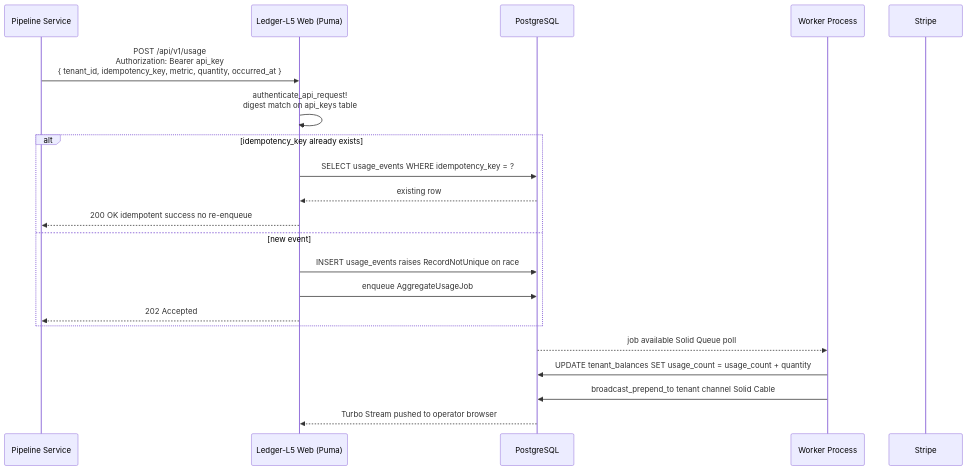
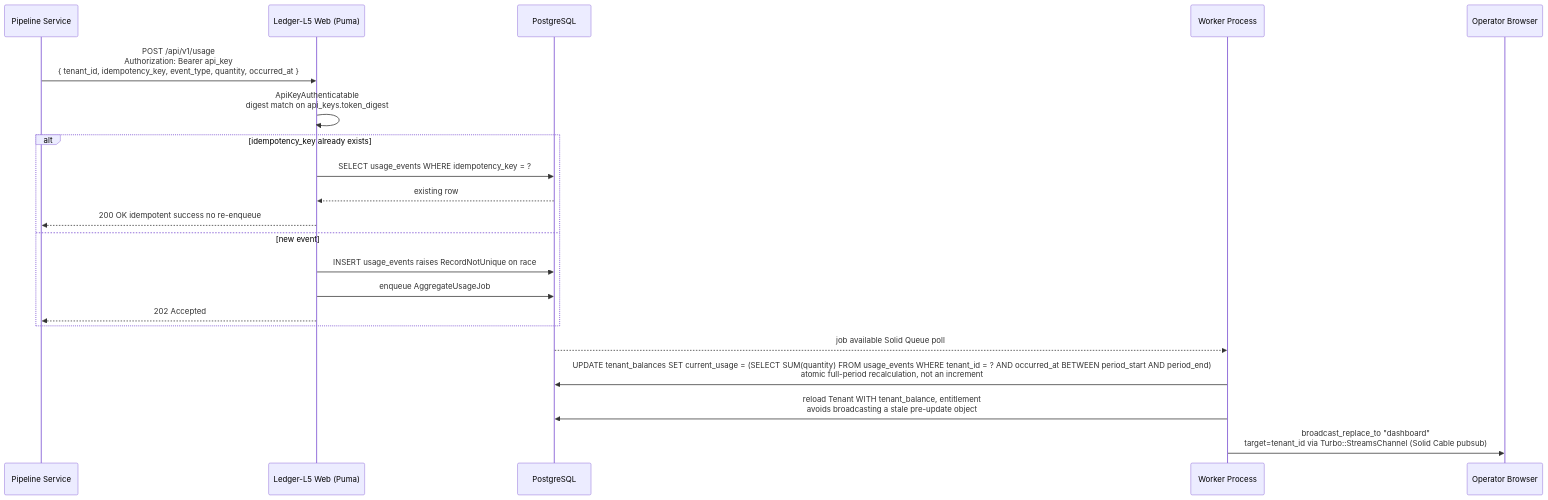
One commit to obrienma/Ledger-L5-rails changed the second of 5 diagrams in docs/architecture.md. Above: the diagram before and after it, drawn with Mermaid. The commit also changed other lines of this file and 1 other file, not shown here.

First line of the commit message:
docs(audit): reconcile architecture.md diagrams with actual schema

````diff
--- a/docs/architecture.md
+++ b/docs/architecture.md
@@ -61,27 +61,27 @@
 ```mermaid
 sequenceDiagram
     participant C as Pipeline Service
     participant W as Ledger-L5 Web (Puma)
     participant DB as PostgreSQL
     participant J as Worker Process
-    participant S as Stripe
+    participant O as Operator Browser
 
-    C->>W: POST /api/v1/usage<br/>Authorization: Bearer api_key<br/>{ tenant_id, idempotency_key, metric, quantity, occurred_at }
+    C->>W: POST /api/v1/usage<br/>Authorization: Bearer api_key<br/>{ tenant_id, idempotency_key, event_type, quantity, occurred_at }
 
-    W->>W: authenticate_api_request!<br/>digest match on api_keys table
+    W->>W: ApiKeyAuthenticatable<br/>digest match on api_keys.token_digest
 
     alt idempotency_key already exists
         W->>DB: SELECT usage_events WHERE idempotency_key = ?
         DB-->>W: existing row
         W-->>C: 200 OK idempotent success no re-enqueue
     else new event
         W->>DB: INSERT usage_events raises RecordNotUnique on race
         W->>DB: enqueue AggregateUsageJob
         W-->>C: 202 Accepted
     end
 
     DB-->>J: job available Solid Queue poll
-    J->>DB: UPDATE tenant_balances SET usage_count = usage_count + quantity
-    J->>DB: broadcast_prepend_to tenant channel Solid Cable
-    DB-->>W: Turbo Stream pushed to operator browser
+    J->>DB: UPDATE tenant_balances SET current_usage = (SELECT SUM(quantity) FROM usage_events WHERE tenant_id = ? AND occurred_at BETWEEN period_start AND period_end)<br/>atomic full-period recalculation, not an increment
+    J->>DB: reload Tenant WITH tenant_balance, entitlement<br/>avoids broadcasting a stale pre-update object
+    J->>O: broadcast_replace_to "dashboard"<br/>target=tenant_id via Turbo::StreamsChannel (Solid Cable pubsub)
 ```
````
